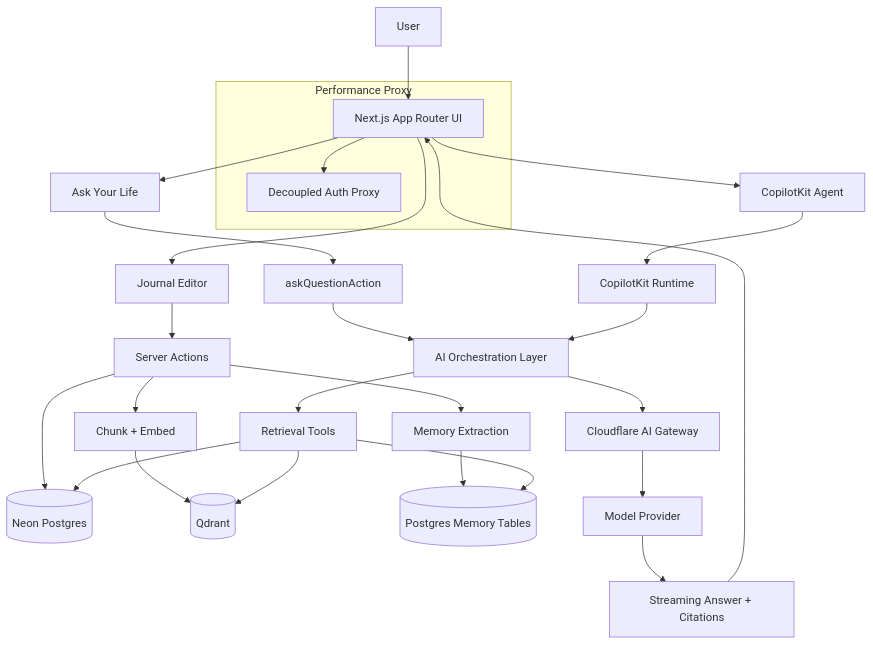
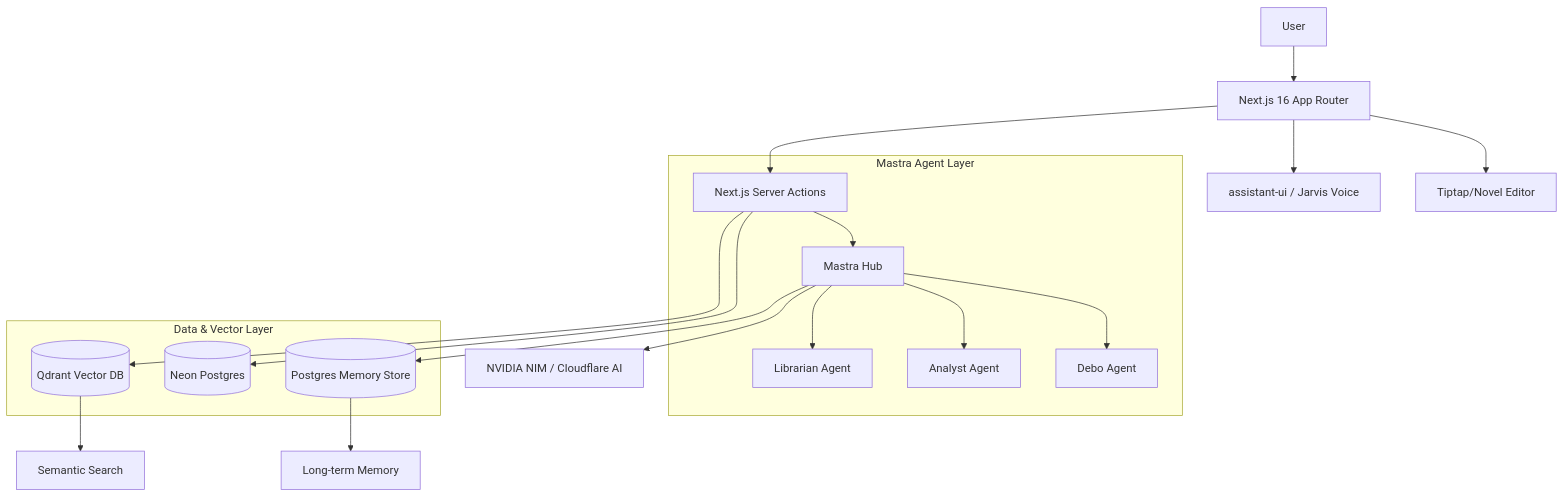
The diagram in README.md (SH20RAJ/debo), drawn with Mermaid before and after one commit. The commit also changed other lines of this file and 1 other file, not shown here.

````diff
--- a/README.md
+++ b/README.md
@@ -76,32 +49,26 @@
 ```mermaid
 graph TD
-    User[User] --> UI[Next.js App Router UI]
-    UI --> JournalEditor[Journal Editor]
-    UI --> AskFlow[Ask Your Life]
-    UI --> Copilot[CopilotKit Agent]
+    User[User] --> UI[Next.js 16 App Router]
+    UI --> Editor[Tiptap/Novel Editor]
+    UI --> Chat[assistant-ui / Jarvis Voice]
     
-    subgraph Edge_Proxy[Performance Proxy]
-        UI --> Proxy[Decoupled Auth Proxy]
+    UI --> Server[Next.js Server Actions]
+    
+    subgraph Orchestration[Mastra Agent Layer]
+        Server --> Mastra[Mastra Hub]
+        Mastra --> DeboAgent[Debo Agent]
+        Mastra --> Analyst[Analyst Agent]
+        Mastra --> Librarian[Librarian Agent]
     end
 
-    JournalEditor --> JournalAPI[Server Actions]
-    AskFlow --> AskAction[askQuestionAction]
-    Copilot --> CopilotRuntime[CopilotKit Runtime]
+    Mastra --> Inference[NVIDIA NIM / Cloudflare AI]
+    
+    subgraph Storage[Data & Vector Layer]
+        Server --> Neon[(Neon Postgres)]
+        Server --> Qdrant[(Qdrant Vector DB)]
+        Mastra --> Memory[(Postgres Memory Store)]
+    end
 
-    JournalAPI --> DB[(Neon Postgres)]
-    JournalAPI --> EmbedJob[Chunk + Embed]
-    EmbedJob --> Qdrant[(Qdrant)]
-    JournalAPI --> MemoryIngest[Memory Extraction]
-    MemoryIngest --> MemoryStore[(Postgres Memory Tables)]
-
-    AskAction --> Orchestrator[AI Orchestration Layer]
-    CopilotRuntime --> Orchestrator
-    Orchestrator --> Tools[Retrieval Tools]
-    Tools --> Qdrant
-    Tools --> MemoryStore
-    Tools --> DB
-    Orchestrator --> Gateway[Cloudflare AI Gateway]
-    Gateway --> LLM[Model Provider]
-    LLM --> Response[Streaming Answer + Citations]
-    Response --> UI
+    Qdrant --> Retrieval[Semantic Search]
+    Memory --> Context[Long-term Memory]
 ```
````
